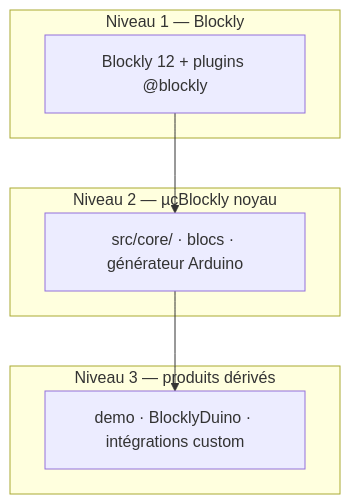
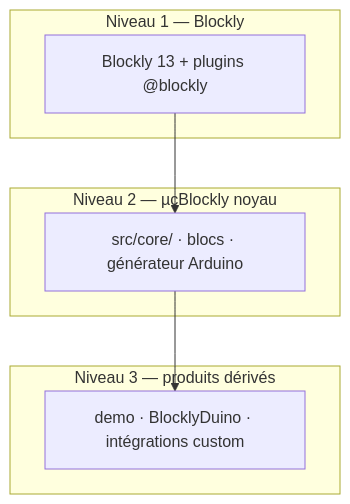
Before and after one commit to LibrEduc/EMA: the diagram in docs/KERNEL.md, drawn with Mermaid. The commit also changed other lines of this file and 81 other files, not shown here.

````diff
--- a/docs/KERNEL.md
+++ b/docs/KERNEL.md
@@ -16,14 +16,14 @@
 ```mermaid
 flowchart TB
   subgraph L1["Niveau 1 — Blockly"]
-    B[Blockly 12 + plugins @blockly]
+    B[Blockly 13 + plugins @blockly]
   end
   subgraph L2["Niveau 2 — µcBlockly noyau"]
     K[src/core/ · blocs · générateur Arduino]
   end
   subgraph L3["Niveau 3 — produits dérivés"]
     D[demo · BlocklyDuino · intégrations custom]
   end
   B --> K
   K --> D
 ```
````
